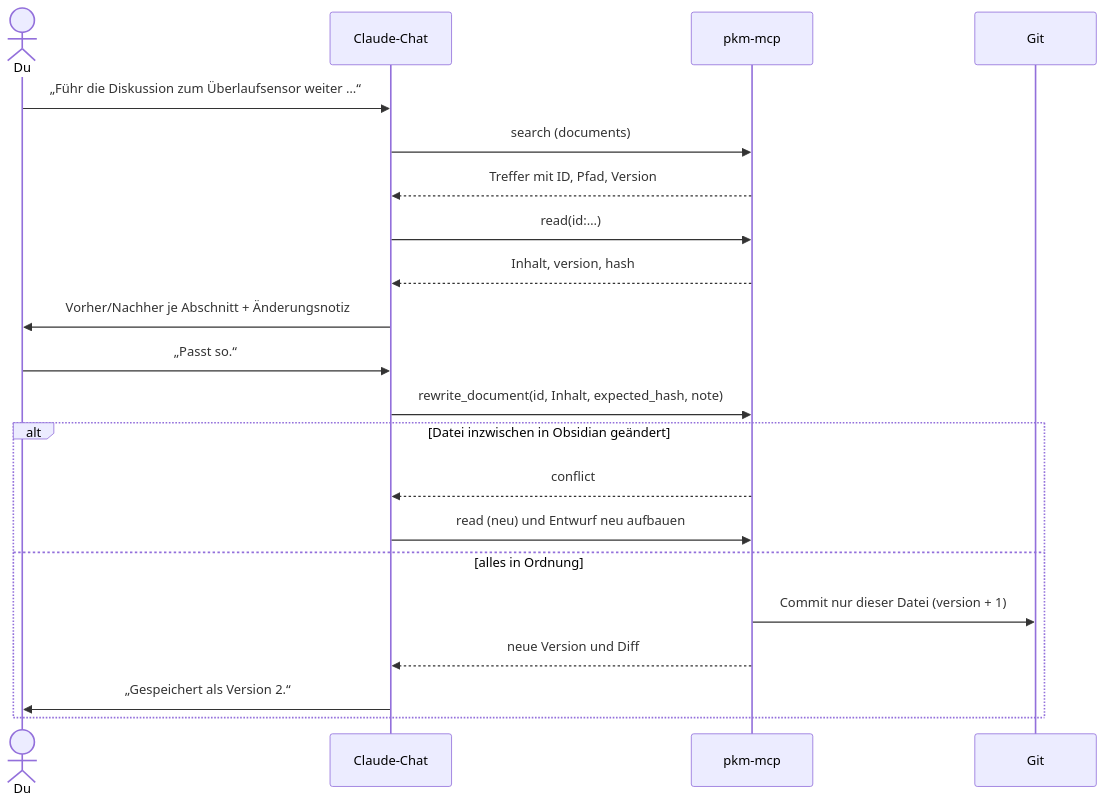
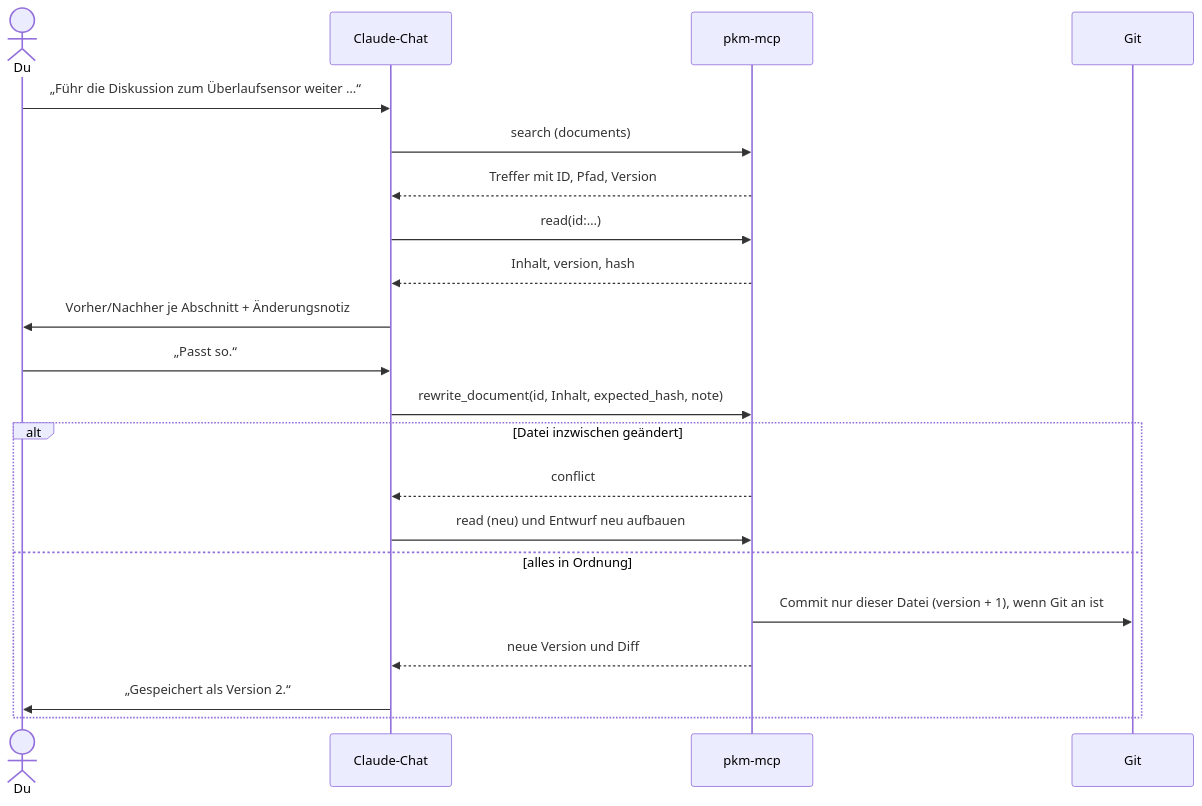
The sixth of 8 diagrams in README.md (achim0x/pkm-llm-wiki), drawn with Mermaid before and after one commit. The commit also changed other lines of this file and 5 other files, not shown here.

````diff
--- a/README.md
+++ b/README.md
@@ -339,24 +943,24 @@
 ```mermaid
 sequenceDiagram
     actor Du
     participant Chat as Claude-Chat
     participant MCP as pkm-mcp
     participant Git
 
     Du->>Chat: „Führ die Diskussion zum Überlaufsensor weiter …“
     Chat->>MCP: search (documents)
     MCP-->>Chat: Treffer mit ID, Pfad, Version
     Chat->>MCP: read(id:…)
     MCP-->>Chat: Inhalt, version, hash
     Chat->>Du: Vorher/Nachher je Abschnitt + Änderungsnotiz
     Du->>Chat: „Passt so.“
     Chat->>MCP: rewrite_document(id, Inhalt, expected_hash, note)
-    alt Datei inzwischen in Obsidian geändert
+    alt Datei inzwischen geändert
         MCP-->>Chat: conflict
         Chat->>MCP: read (neu) und Entwurf neu aufbauen
     else alles in Ordnung
-        MCP->>Git: Commit nur dieser Datei (version + 1)
+        MCP->>Git: Commit nur dieser Datei (version + 1), wenn Git an ist
         MCP-->>Chat: neue Version und Diff
         Chat->>Du: „Gespeichert als Version 2.“
     end
 ```
````
